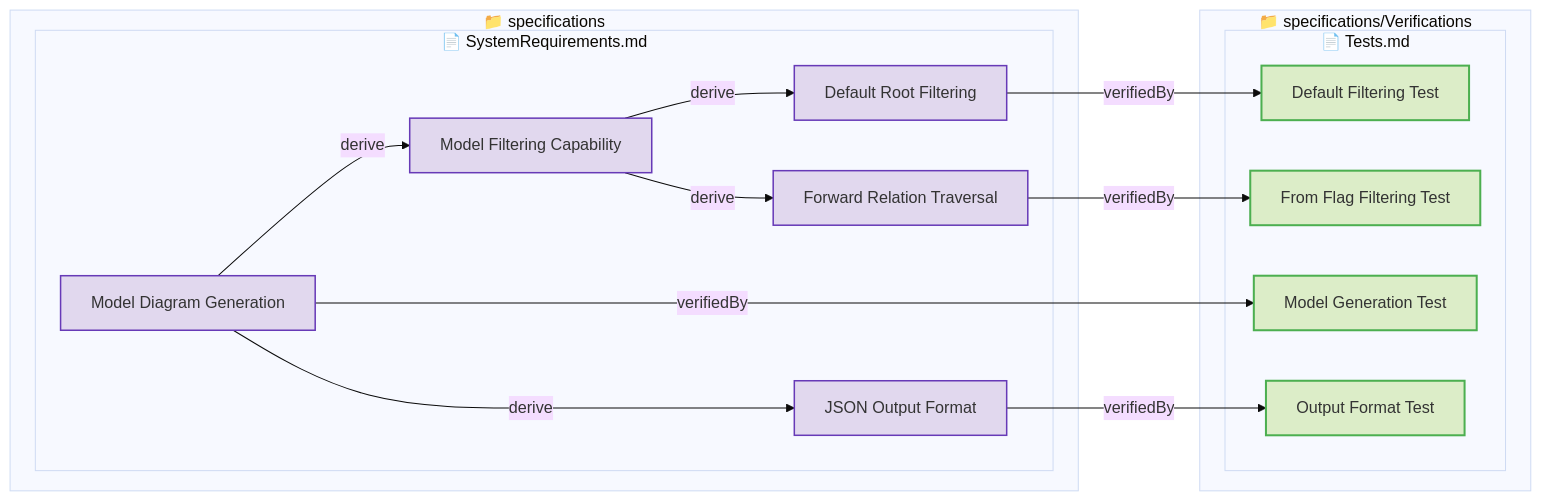
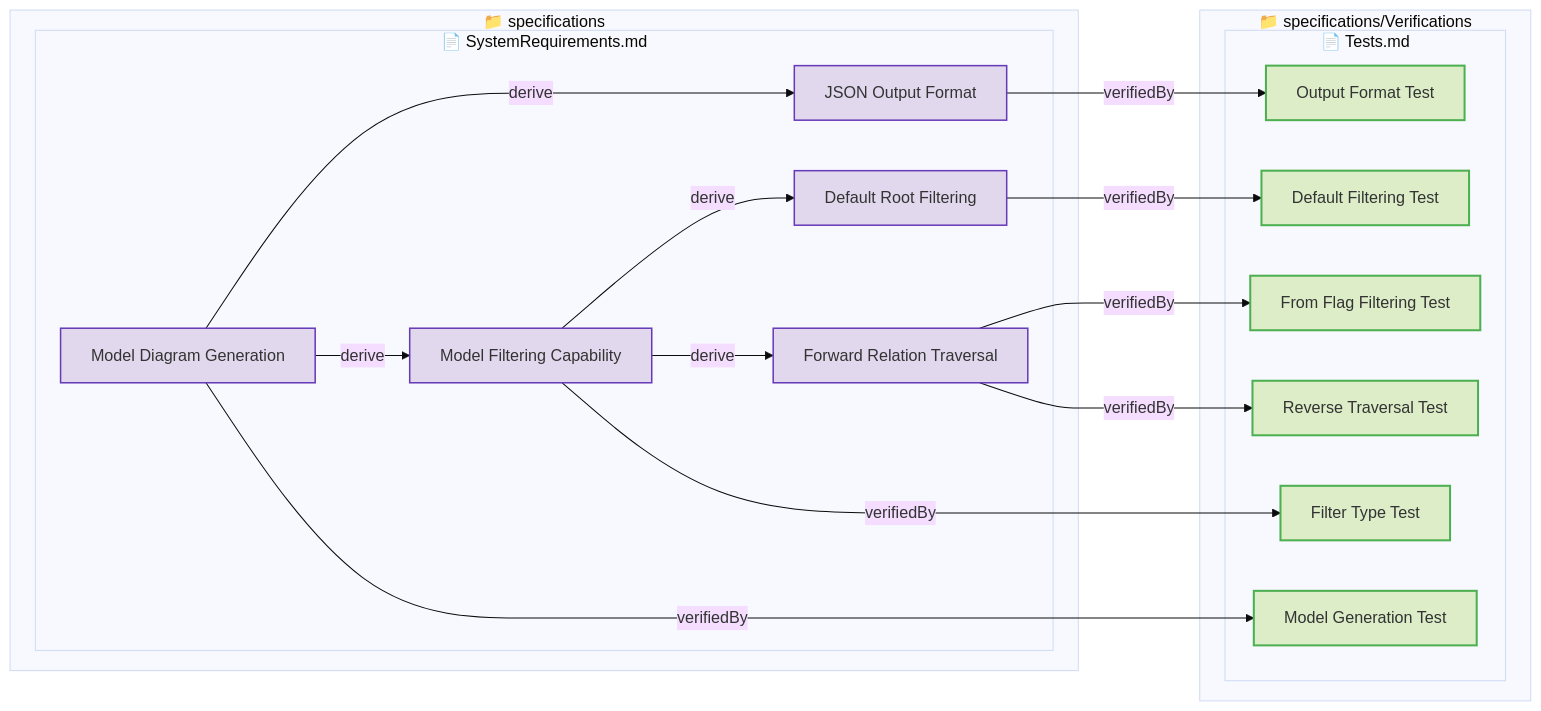
Before and after one commit to reqvire-org/reqvire: the diagram in tests/test-model-command/expected/expected_filtered_output.md, drawn with Mermaid (base theme). The commit also changed other lines of this file and 27 other files, not shown here.

````diff
--- a/tests/test-model-command/expected/expected_filtered_output.md
+++ b/tests/test-model-command/expected/expected_filtered_output.md
@@ -10,54 +11,62 @@
 ```mermaid
 graph LR
   classDef userRequirement fill:#D1C4E9,stroke:#7E57C2,stroke-width:2px;
   classDef systemRequirement fill:#E1D8EE,stroke:#673AB7,stroke-width:1.5px;
   classDef verification fill:#DCEDC8,stroke:#4CAF50,stroke-width:2px;
   classDef default fill:#F5F5F5,stroke:#424242,stroke-width:1.5px;
 
   classDef folder fill:#FAFAFA,stroke:#9E9E9E,stroke-width:3px;
   classDef file fill:#FFF8E1,stroke:#FFCA28,stroke-width:2px;
 
   subgraph b4c308bac4df6d65["📁 specifications"]
     subgraph d76ffb0335b04f31["📄 SystemRequirements.md"]
       5b114dac21ad2026["Default Root Filtering"];
       class 5b114dac21ad2026 systemRequirement;
       click 5b114dac21ad2026 "specifications/SystemRequirements.md#default-root-filtering";
       46fbef5d552a5c01["Forward Relation Traversal"];
       class 46fbef5d552a5c01 systemRequirement;
       click 46fbef5d552a5c01 "specifications/SystemRequirements.md#forward-relation-traversal";
       f27d93928246808["JSON Output Format"];
       class f27d93928246808 systemRequirement;
       click f27d93928246808 "specifications/SystemRequirements.md#json-output-format";
       4f998d84bbf8f547["Model Diagram Generation"];
       class 4f998d84bbf8f547 systemRequirement;
       click 4f998d84bbf8f547 "specifications/SystemRequirements.md#model-diagram-generation";
       1ca5a7c02ab1c5f4["Model Filtering Capability"];
       class 1ca5a7c02ab1c5f4 systemRequirement;
       click 1ca5a7c02ab1c5f4 "specifications/SystemRequirements.md#model-filtering-capability";
     end
   end
   subgraph 186822cd467e0417["📁 specifications/Verifications"]
     subgraph b64358bba6ee017f["📄 Tests.md"]
       c28803f3ded267fb["Default Filtering Test"];
       class c28803f3ded267fb verification;
       click c28803f3ded267fb "specifications/Verifications/Tests.md#default-filtering-test";
+      e712dc05f32bec2c["Filter Type Test"];
+      class e712dc05f32bec2c verification;
+      click e712dc05f32bec2c "specifications/Verifications/Tests.md#filter-type-test";
       15d847f8ebf34901["From Flag Filtering Test"];
       class 15d847f8ebf34901 verification;
       click 15d847f8ebf34901 "specifications/Verifications/Tests.md#from-flag-filtering-test";
       e80d22d575e02537["Model Generation Test"];
       class e80d22d575e02537 verification;
       click e80d22d575e02537 "specifications/Verifications/Tests.md#model-generation-test";
       8cc3b7ebaf3ea9b["Output Format Test"];
       class 8cc3b7ebaf3ea9b verification;
       click 8cc3b7ebaf3ea9b "specifications/Verifications/Tests.md#output-format-test";
+      a418de0940661a72["Reverse Traversal Test"];
+      class a418de0940661a72 verification;
+      click a418de0940661a72 "specifications/Verifications/Tests.md#reverse-traversal-test";
     end
   end
   4f998d84bbf8f547 -->|derive| f27d93928246808;
   f27d93928246808 -->|verifiedBy| 8cc3b7ebaf3ea9b;
   4f998d84bbf8f547 -->|derive| 1ca5a7c02ab1c5f4;
   1ca5a7c02ab1c5f4 -->|derive| 5b114dac21ad2026;
   5b114dac21ad2026 -->|verifiedBy| c28803f3ded267fb;
   1ca5a7c02ab1c5f4 -->|derive| 46fbef5d552a5c01;
   46fbef5d552a5c01 -->|verifiedBy| 15d847f8ebf34901;
+  46fbef5d552a5c01 -->|verifiedBy| a418de0940661a72;
+  1ca5a7c02ab1c5f4 -->|verifiedBy| e712dc05f32bec2c;
   4f998d84bbf8f547 -->|verifiedBy| e80d22d575e02537;
 ```
````
